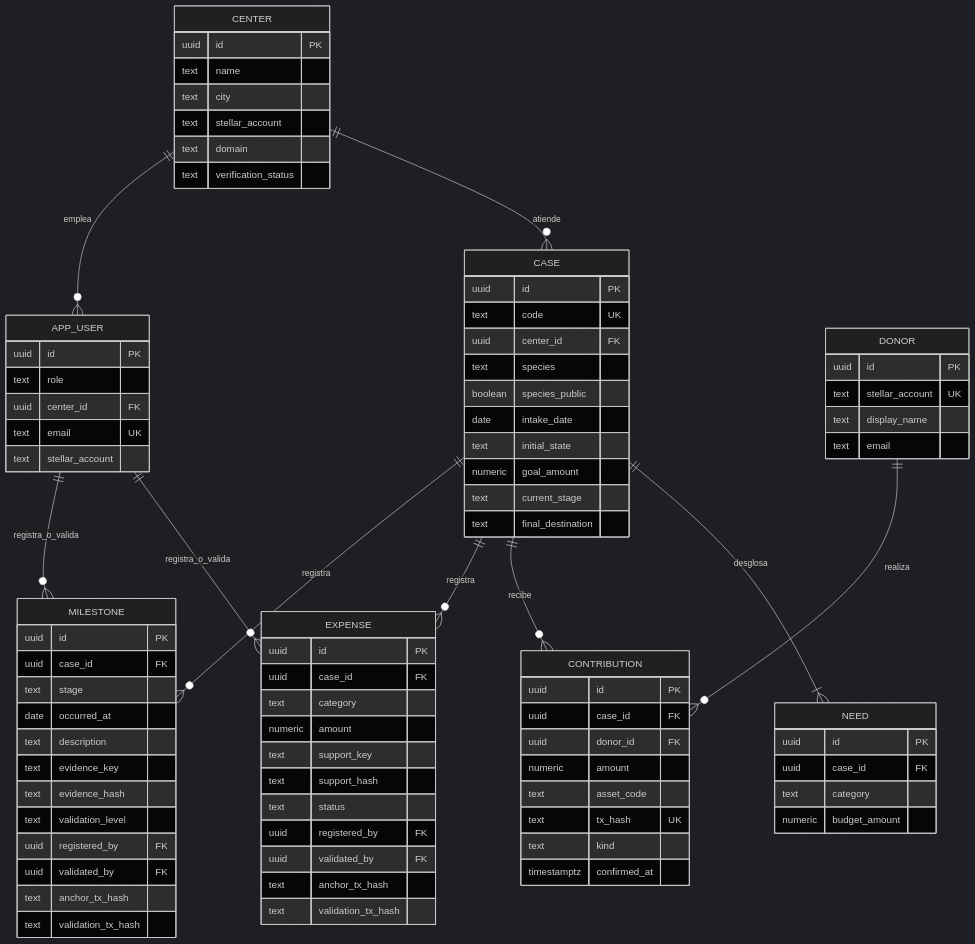
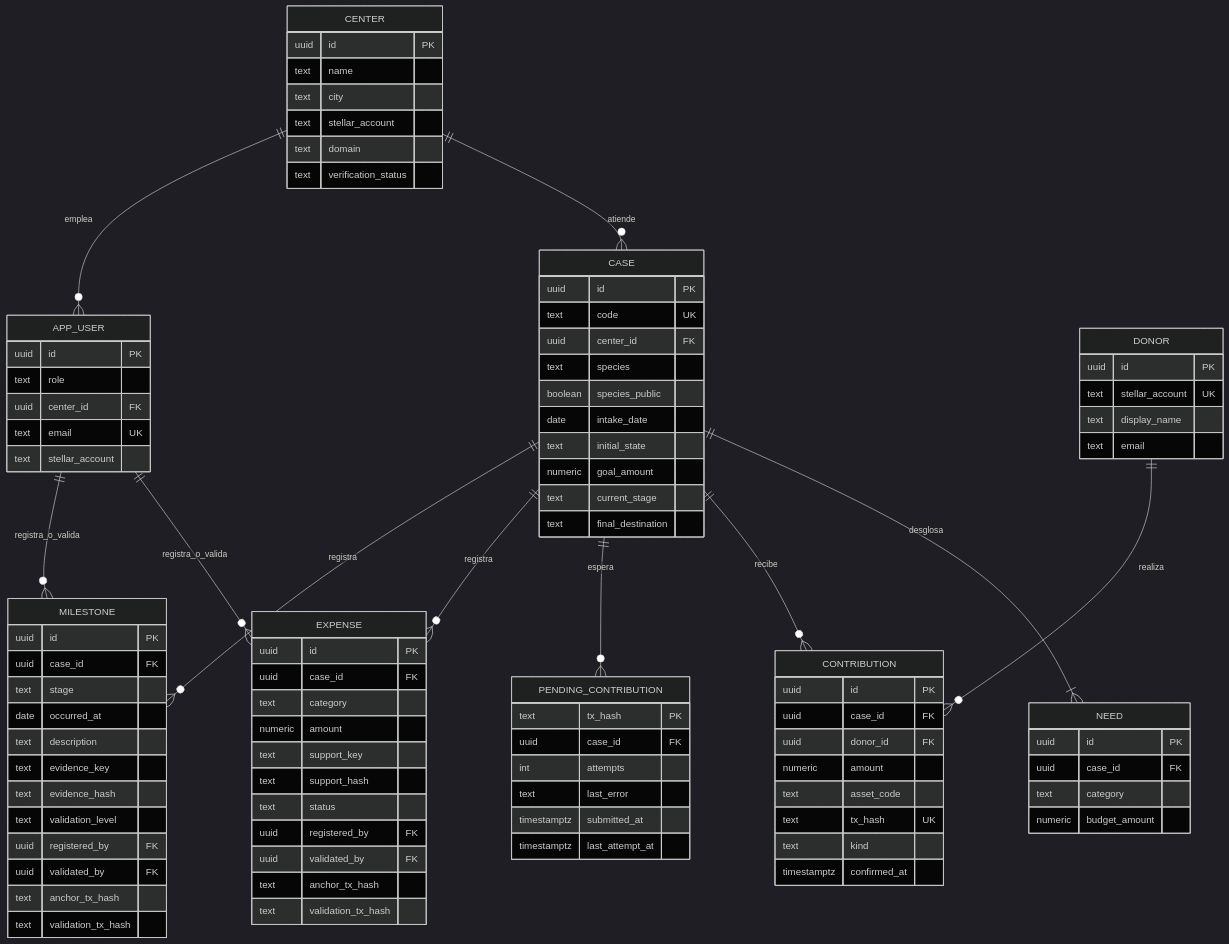
Before and after one commit to Javeriana-Blockchain/2026-II-proof-of-wild: the second of 5 diagrams in docs/arquitectura/arquitectura.md, drawn with Mermaid (dark theme). The commit also changed other lines of this file and 4 other files, not shown here.

```diff
--- a/docs/arquitectura/arquitectura.md
+++ b/docs/arquitectura/arquitectura.md
@@ -164,6 +164,7 @@
   CENTER ||--o{ APP_USER : emplea
   CASE ||--|{ NEED : desglosa
   CASE ||--o{ CONTRIBUTION : recibe
+  CASE ||--o{ PENDING_CONTRIBUTION : espera
   DONOR ||--o{ CONTRIBUTION : realiza
   CASE ||--o{ EXPENSE : registra
   CASE ||--o{ MILESTONE : registra
@@ -204,6 +205,14 @@
     text tx_hash UK
     text kind
     timestamptz confirmed_at
+  }
+  PENDING_CONTRIBUTION {
+    text tx_hash PK
+    uuid case_id FK
+    int attempts
+    text last_error
+    timestamptz submitted_at
+    timestamptz last_attempt_at
   }
   EXPENSE {
     uuid id PK
```
